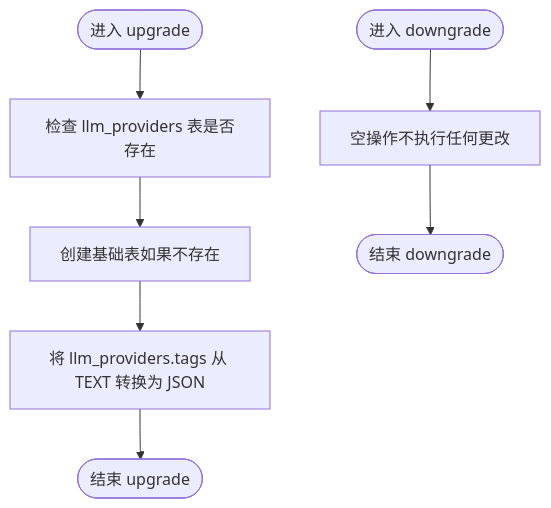
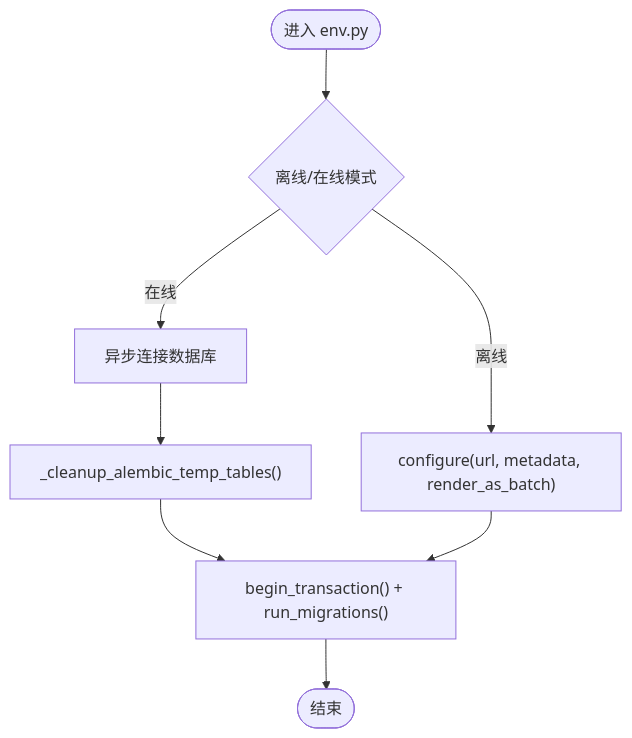
Before and after one commit to KunLabAI/KunFlix: the third of 6 diagrams in .qoder/repowiki/zh/content/数据库设计/数据库迁移管理.md, drawn with Mermaid. The commit also changed other lines of this file and 275 other files, not shown here.

````diff
--- a/.qoder/repowiki/zh/content/数据库设计/数据库迁移管理.md
+++ b/.qoder/repowiki/zh/content/数据库设计/数据库迁移管理.md
@@ -225,9 +130,10 @@
 ```mermaid
 flowchart TD
-Start(["进入 upgrade"]) --> CheckTable["检查 llm_providers 表是否存在"]
-CheckTable --> CreateTable["创建基础表如果不存在"]
-CreateTable --> AlterTags["将 llm_providers.tags 从 TEXT 转换为 JSON"]
-AlterTags --> EndUp(["结束 upgrade"])
-DownStart(["进入 downgrade"]) --> PassDown["空操作不执行任何更改"]
-PassDown --> EndDown(["结束 downgrade"])
+Start(["进入 env.py"]) --> Mode{"离线/在线模式"}
+Mode --> |离线| Offline["configure(url, metadata, render_as_batch)"]
+Mode --> |在线| Online["异步连接数据库"]
+Online --> Cleanup["_cleanup_alembic_temp_tables()"]
+Cleanup --> Run["begin_transaction() + run_migrations()"]
+Offline --> Run
+Run --> End(["结束"])
 ```
````
